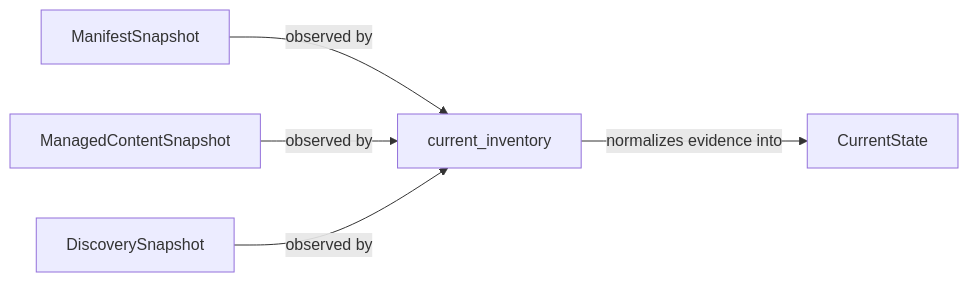
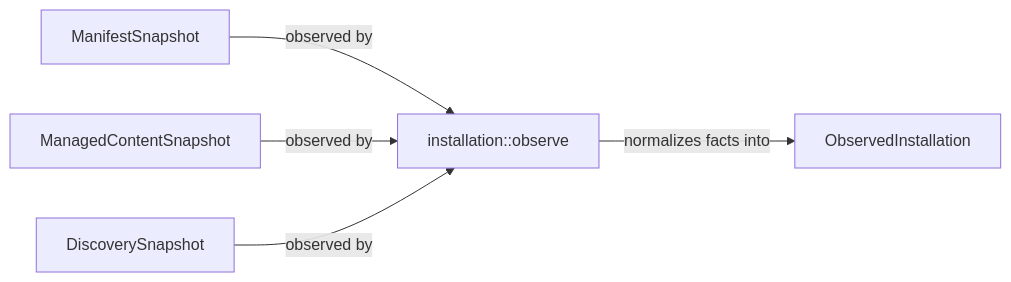
One commit to big-sw-little-sw/agentcfg changed the third of 6 diagrams in docs/design-v1.md. Above: the diagram before and after it, drawn with Mermaid. The commit also changed other lines of this file and 53 other files, not shown here.

````diff
--- a/docs/design-v1.md
+++ b/docs/design-v1.md
@@ -222,7 +341,7 @@
 ```mermaid
 flowchart LR
-    Manifest["ManifestSnapshot"] -- "observed by" --> Inventory["current_inventory"]
-    Managed["ManagedContentSnapshot"] -- "observed by" --> Inventory
-    Discovery["DiscoverySnapshot"] -- "observed by" --> Inventory
-    Inventory -- "normalizes evidence into" --> Current["CurrentState"]
+    Manifest["ManifestSnapshot"] -- "observed by" --> Observe["installation::observe"]
+    Managed["ManagedContentSnapshot"] -- "observed by" --> Observe
+    Discovery["DiscoverySnapshot"] -- "observed by" --> Observe
+    Observe -- "normalizes facts into" --> Observed["ObservedInstallation"]
 ```
````
